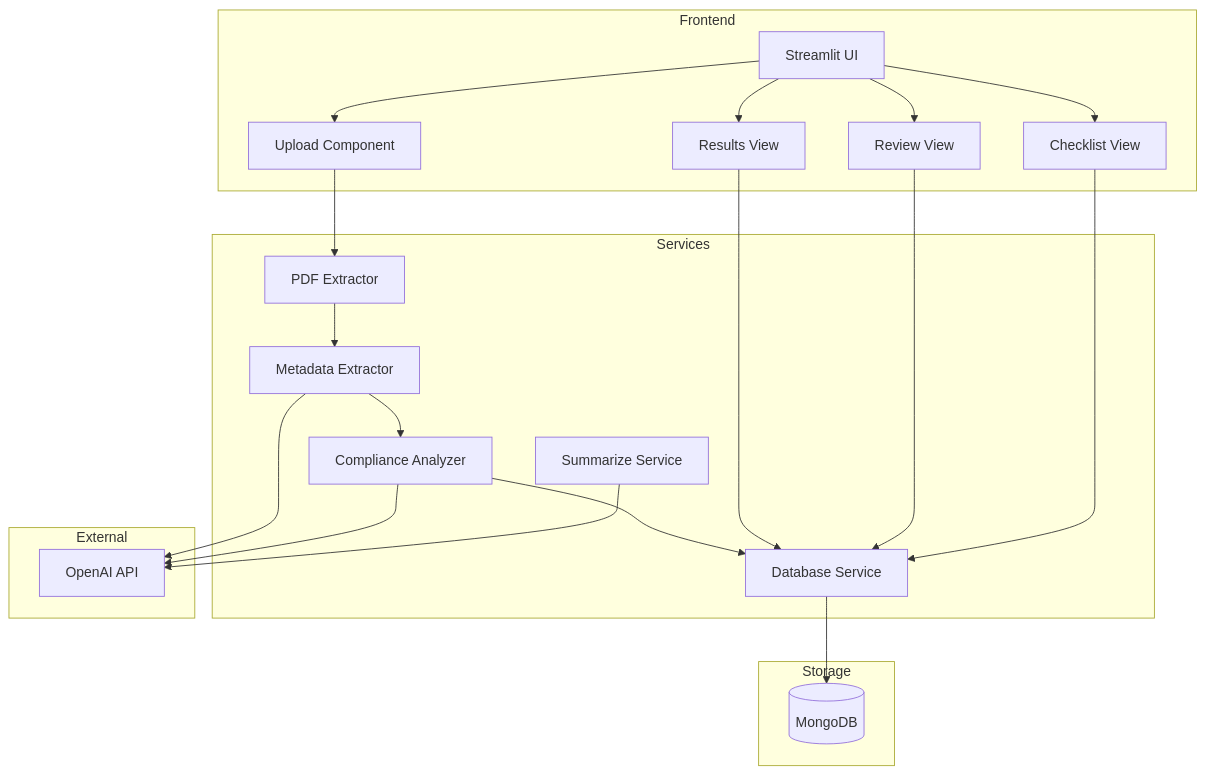
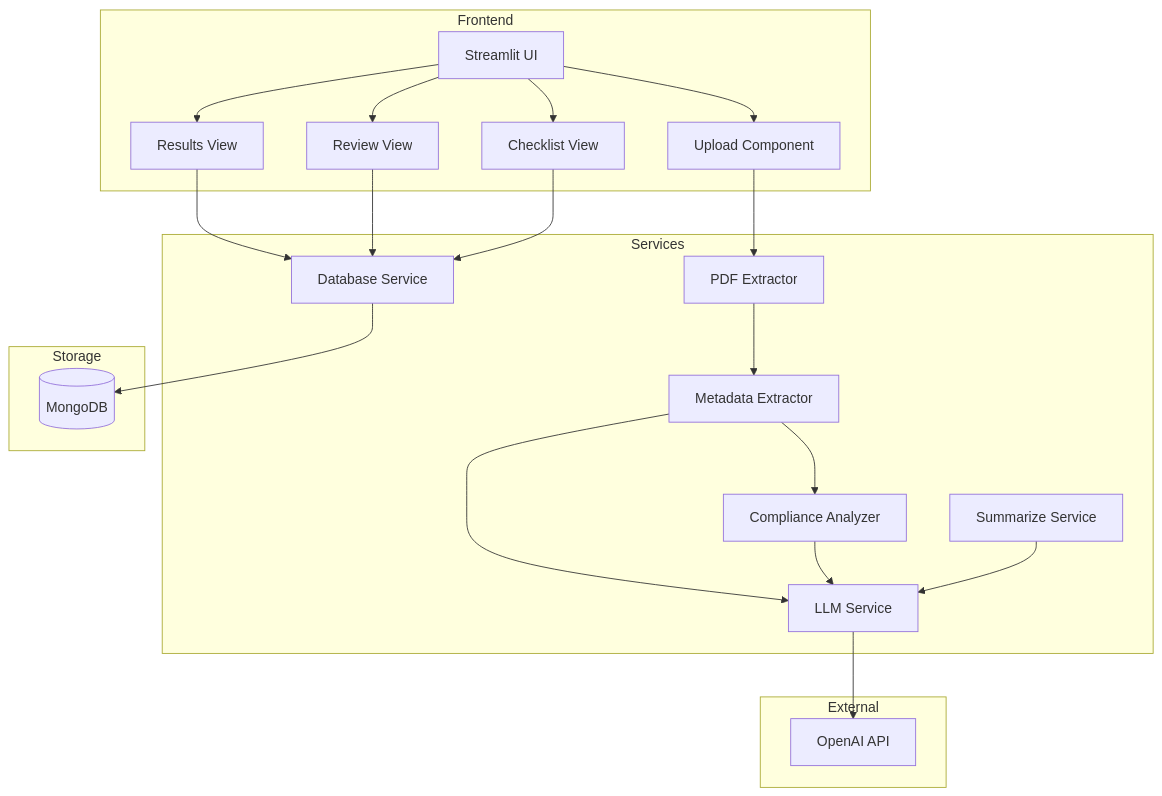
Before and after one commit to juusorepo/reproai: the first of 3 diagrams in docs/architecture.md, drawn with Mermaid. The commit also changed other lines of this file, not shown here.

````diff
--- a/docs/architecture.md
+++ b/docs/architecture.md
@@ -9,42 +9,43 @@
 ```mermaid
 graph TD
     subgraph Frontend
         UI[Streamlit UI]
         Upload[Upload Component]
         Results[Results View]
         Review[Review View]
         Checklist[Checklist View]
     end
 
     subgraph Services
         PDF[PDF Extractor]
         Meta[Metadata Extractor]
+        LLM[LLM Service]
         Analyzer[Compliance Analyzer]
         DB[Database Service]
         Summary[Summarize Service]
     end
 
     subgraph Storage
         Mongo[(MongoDB)]
     end
 
     subgraph External
         OpenAI[OpenAI API]
     end
 
     UI --> Upload
     UI --> Results
     UI --> Review
     UI --> Checklist
     Upload --> PDF
     PDF --> Meta
+    Meta --> LLM
+    LLM --> OpenAI
     Meta --> Analyzer
-    Analyzer --> DB
+    Analyzer --> LLM
+    Summary --> LLM
     DB --> Mongo
-    Meta --> OpenAI
-    Analyzer --> OpenAI
-    Summary --> OpenAI
     Results --> DB
     Review --> DB
     Checklist --> DB
 ```
````
